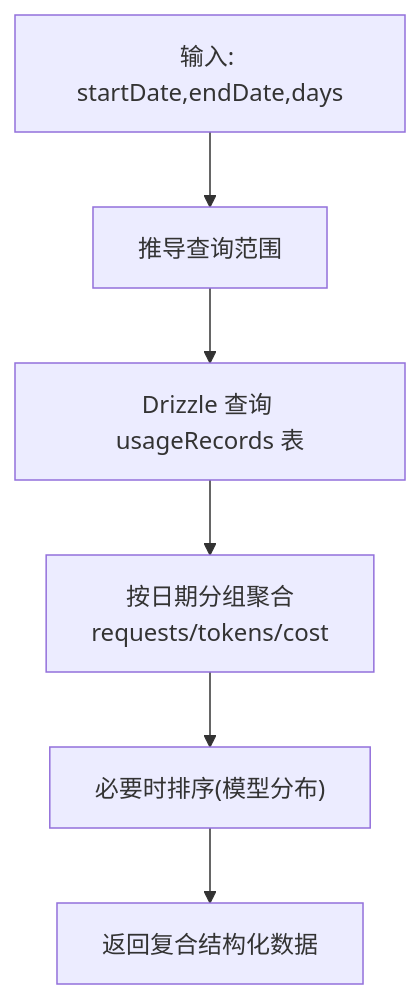
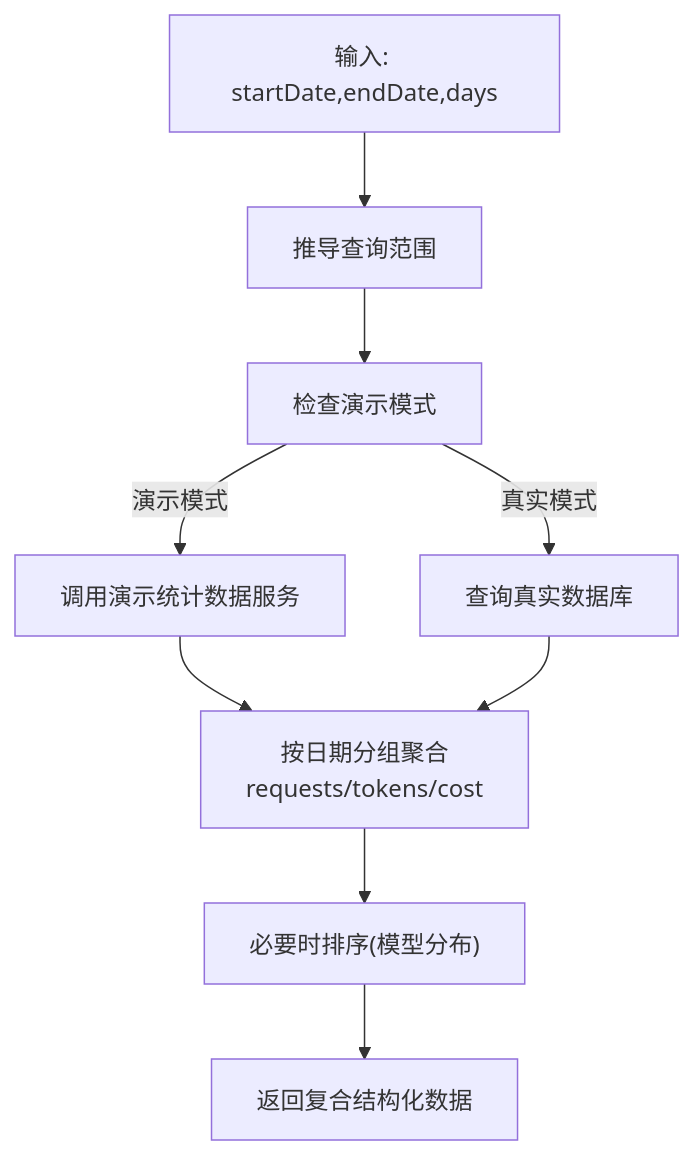
Diagram 11 of 17 in .qoder/repowiki/zh/content/监控与分析/监控与分析.md (RadiumAg/AIGate), drawn with Mermaid before and after one commit. The commit also changed other lines of this file and 7 other files, not shown here.

````diff
--- a/.qoder/repowiki/zh/content/监控与分析/监控与分析.md
+++ b/.qoder/repowiki/zh/content/监控与分析/监控与分析.md
@@ -365,8 +425,11 @@
 ```mermaid
 flowchart TD
 QStart["输入: startDate,endDate,days"] --> Range["推导查询范围"]
-Range --> Query["Drizzle 查询 usageRecords 表"]
-Query --> Group["按日期分组聚合<br/>requests/tokens/cost"]
+Range --> CheckDemo["检查演示模式"]
+CheckDemo --> |演示模式| DemoStats["调用演示统计数据服务"]
+CheckDemo --> |真实模式| RealDB["查询真实数据库"]
+DemoStats --> Group["按日期分组聚合<br/>requests/tokens/cost"]
+RealDB --> Group
 Group --> Sort["必要时排序(模型分布)"]
 Sort --> Result["返回复合结构化数据"]
 ```
````
